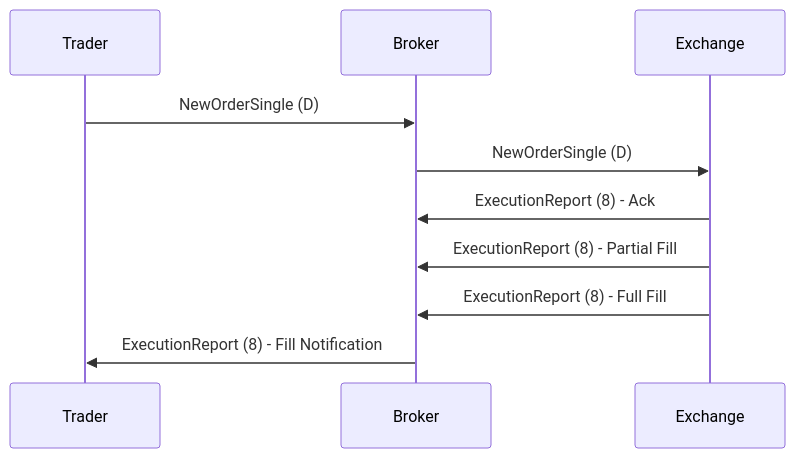
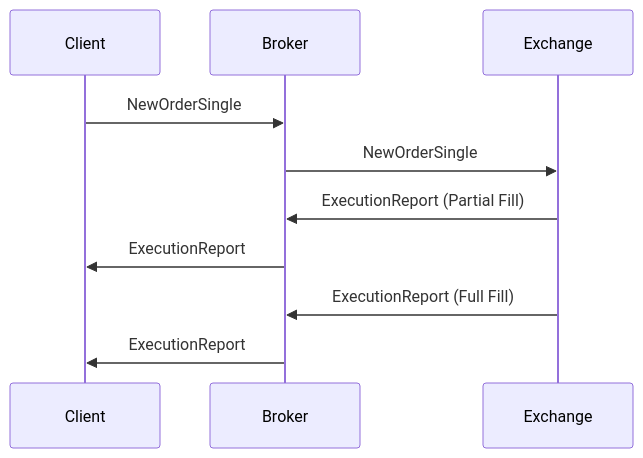
The diagram in fix-protocol/README.md (VrushankPatel/interview-matters), drawn with Mermaid before and after one commit. The commit also changed other lines of this file and 5 other files, not shown here.

````diff
--- a/fix-protocol/README.md
+++ b/fix-protocol/README.md
@@ -92,12 +60,13 @@
 ```mermaid
 sequenceDiagram
-    participant Trader
+    participant Client
     participant Broker
     participant Exchange
-    Trader->>Broker: NewOrderSingle (D)
-    Broker->>Exchange: NewOrderSingle (D)
-    Exchange->>Broker: ExecutionReport (8) - Ack
-    Exchange->>Broker: ExecutionReport (8) - Partial Fill
-    Exchange->>Broker: ExecutionReport (8) - Full Fill
-    Broker->>Trader: ExecutionReport (8) - Fill Notification
+
+    Client->>Broker: NewOrderSingle
+    Broker->>Exchange: NewOrderSingle
+    Exchange->>Broker: ExecutionReport (Partial Fill)
+    Broker->>Client: ExecutionReport
+    Exchange->>Broker: ExecutionReport (Full Fill)
+    Broker->>Client: ExecutionReport
 ```
````
